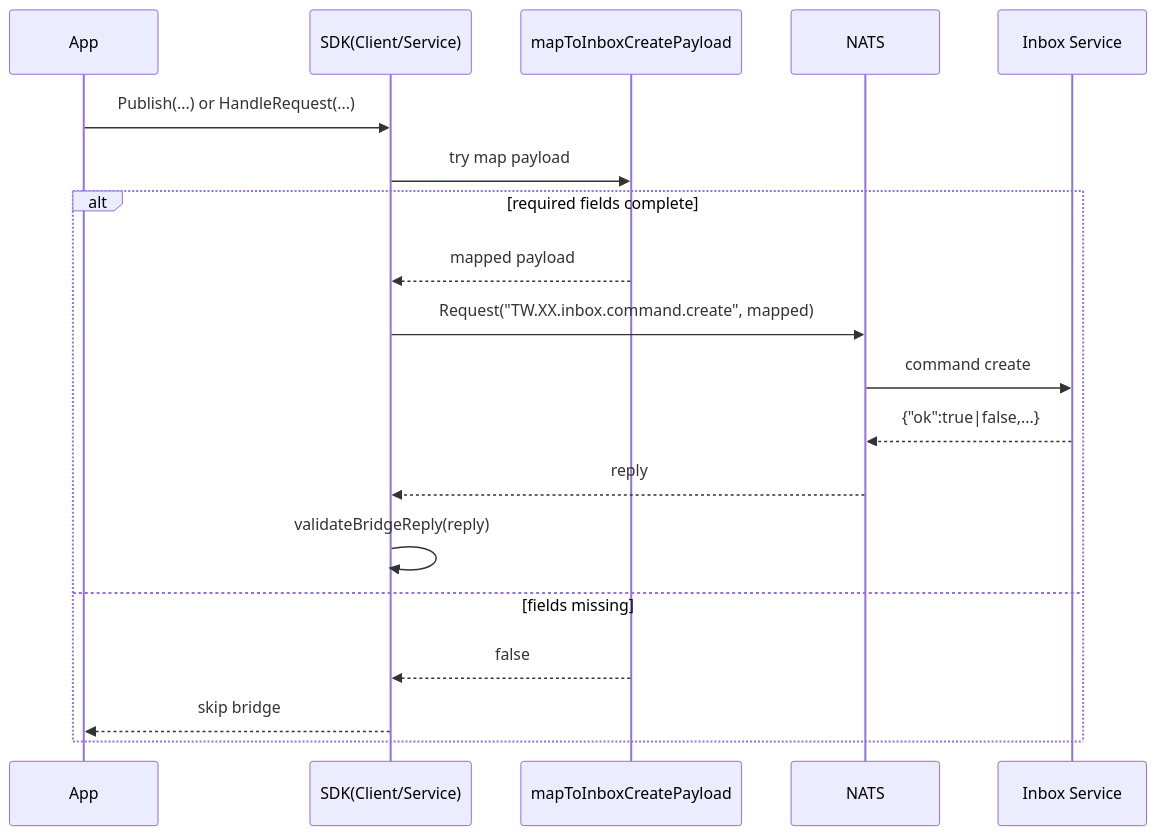
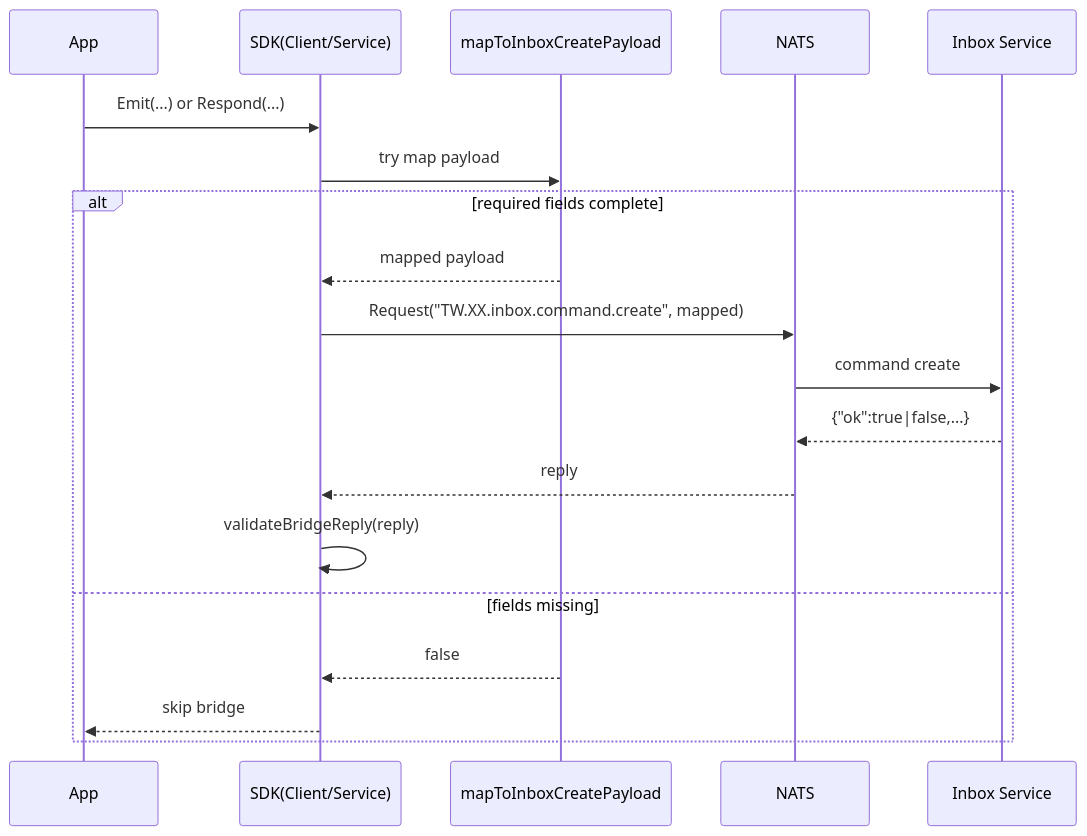
One commit to include2md/eventsdk changed the third of 3 diagrams in doc/mermaid.md. Above: the diagram before and after it, drawn with Mermaid. The commit also changed other lines of this file and 15 other files, not shown here.

````diff
--- a/doc/mermaid.md
+++ b/doc/mermaid.md
@@ -138,22 +138,22 @@
 ```mermaid
 sequenceDiagram
     participant App as App
     participant SDK as SDK(Client/Service)
     participant M as mapToInboxCreatePayload
     participant N as NATS
     participant Inbox as Inbox Service
 
-    App->>SDK: Publish(...) or HandleRequest(...)
+    App->>SDK: Emit(...) or Respond(...)
     SDK->>M: try map payload
     alt required fields complete
         M-->>SDK: mapped payload
         SDK->>N: Request("TW.XX.inbox.command.create", mapped)
         N->>Inbox: command create
         Inbox-->>N: {"ok":true|false,...}
         N-->>SDK: reply
         SDK->>SDK: validateBridgeReply(reply)
     else fields missing
         M-->>SDK: false
         SDK-->>App: skip bridge
     end
 ```
````
